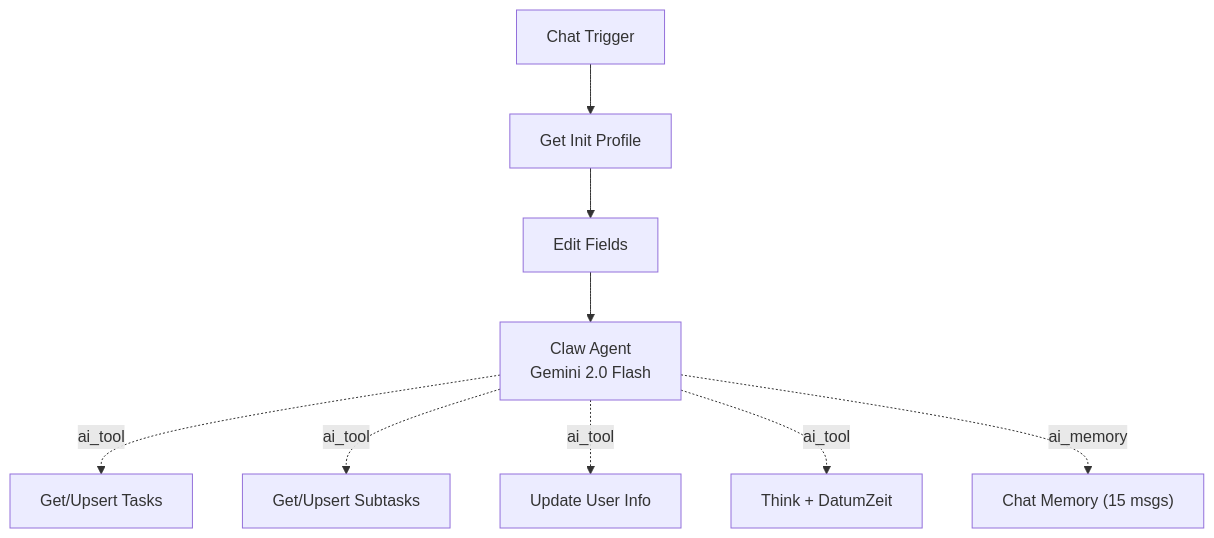
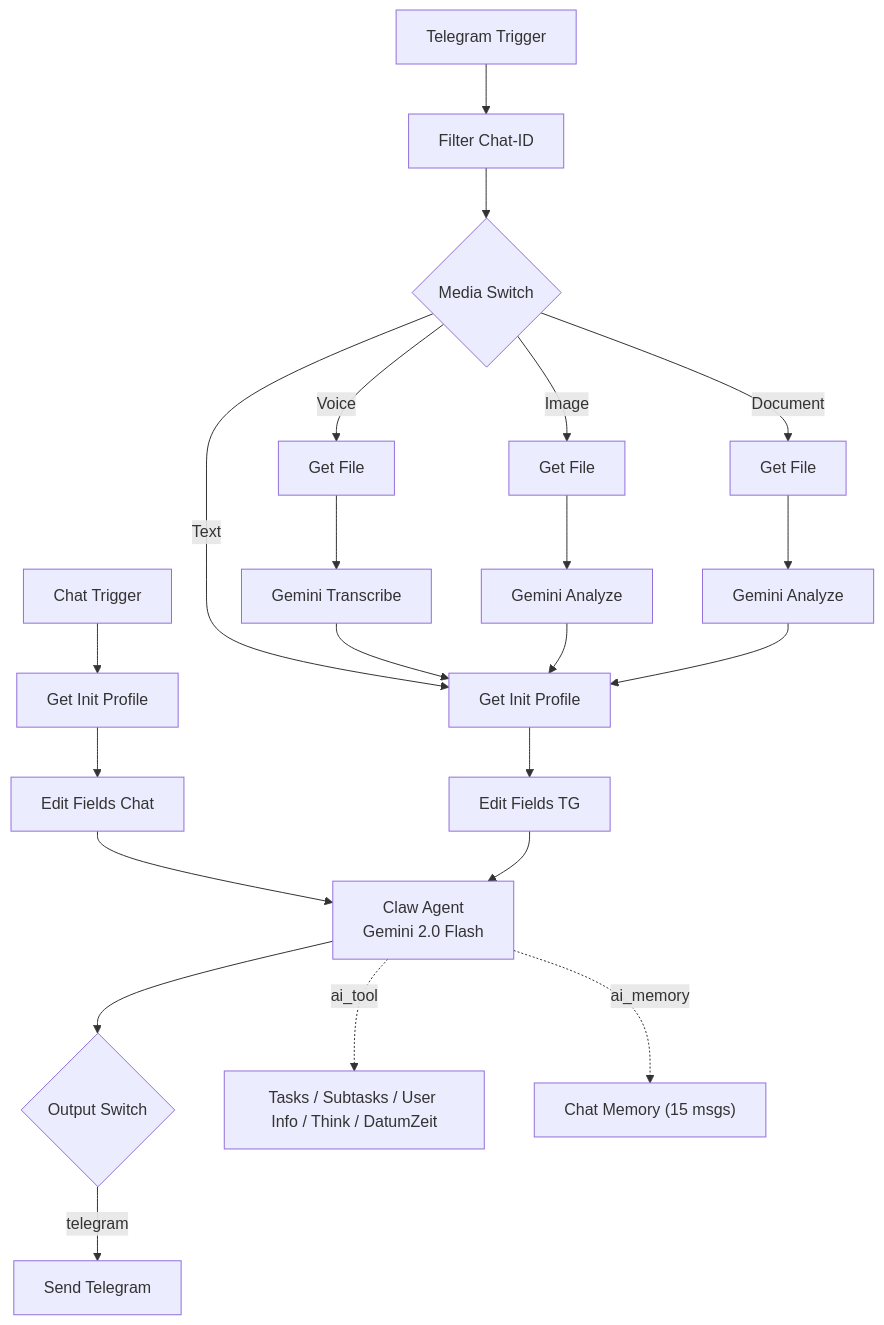
The seventh of 8 diagrams in README.md (mj-deving/n8n-autopilot), drawn with Mermaid before and after one commit. The commit also changed other lines of this file and 1 other file, not shown here.

````diff
--- a/README.md
+++ b/README.md
@@ -137,11 +137,20 @@
 ```mermaid
 graph TB
-    A["Chat Trigger"] --> B["Get Init Profile"]
-    B --> C["Edit Fields"]
-    C --> D["Claw Agent<br/>Gemini 2.0 Flash"]
-    D -.->|ai_tool| E["Get/Upsert Tasks"]
-    D -.->|ai_tool| F["Get/Upsert Subtasks"]
-    D -.->|ai_tool| G["Update User Info"]
-    D -.->|ai_tool| H["Think + DatumZeit"]
-    D -.->|ai_memory| I["Chat Memory (15 msgs)"]
+    T1["Chat Trigger"] --> P1["Get Init Profile"] --> E1["Edit Fields Chat"]
+    T2["Telegram Trigger"] --> F["Filter Chat-ID"]
+    F --> SW{"Media Switch"}
+    SW -->|Voice| GV["Get File"] --> TV["Gemini Transcribe"]
+    SW -->|Image| GI["Get File"] --> AI["Gemini Analyze"]
+    SW -->|Document| GD["Get File"] --> AD["Gemini Analyze"]
+    SW -->|Text| P2["Get Init Profile"]
+    TV --> P2
+    AI --> P2
+    AD --> P2
+    P2 --> E2["Edit Fields TG"]
+    E1 --> D["Claw Agent<br/>Gemini 2.0 Flash"]
+    E2 --> D
+    D --> OS{"Output Switch"}
+    OS -->|telegram| ST["Send Telegram"]
+    D -.->|ai_tool| Tools["Tasks / Subtasks / User Info / Think / DatumZeit"]
+    D -.->|ai_memory| M["Chat Memory (15 msgs)"]
 ```
````
